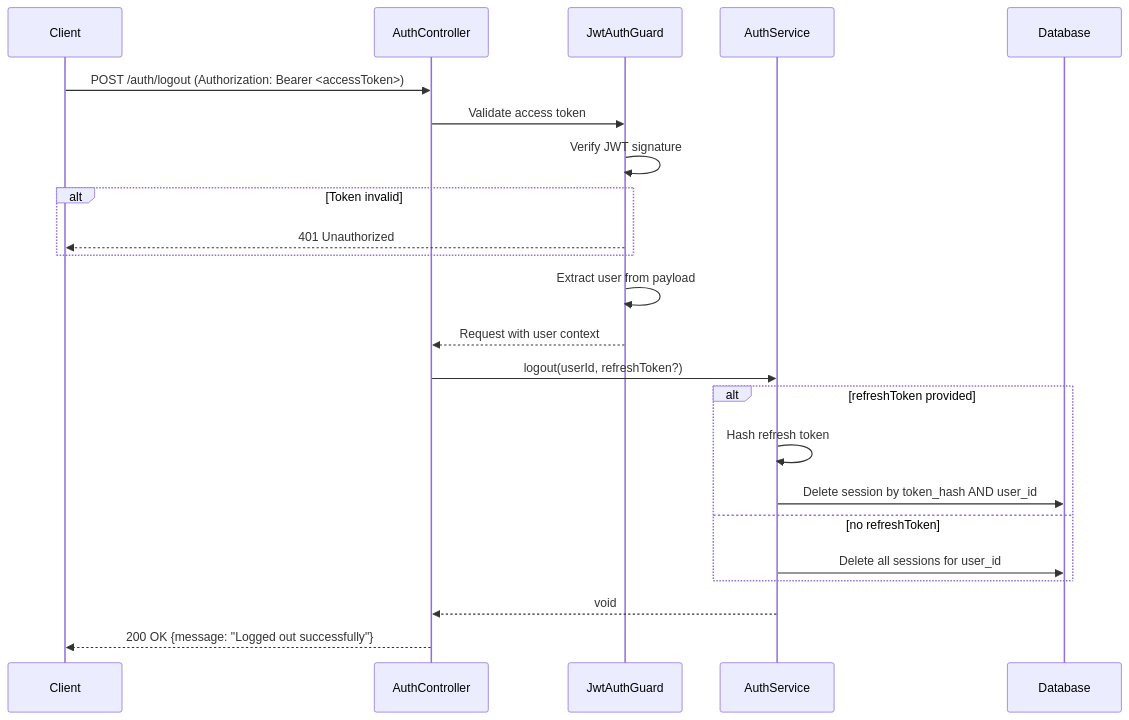
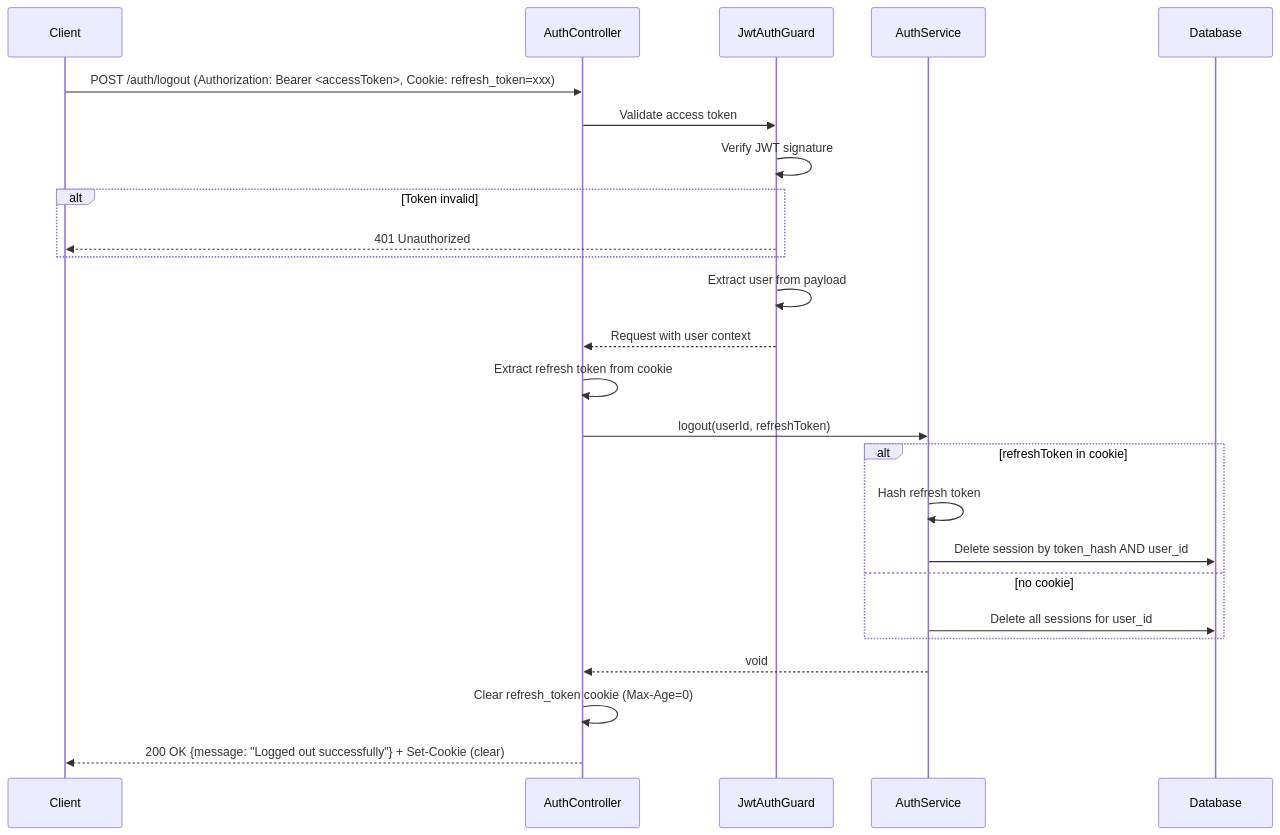
Before and after one commit to LeoChiu1027/cms: the fourth of 5 diagrams in docs/auth-sequences.md, drawn with Mermaid. The commit also changed other lines of this file and 15 other files, not shown here.

````diff
--- a/docs/auth-sequences.md
+++ b/docs/auth-sequences.md
@@ -129,30 +132,32 @@
 ```mermaid
 sequenceDiagram
     participant C as Client
     participant AC as AuthController
     participant JG as JwtAuthGuard
     participant AS as AuthService
     participant DB as Database
 
-    C->>AC: POST /auth/logout (Authorization: Bearer <accessToken>)
+    C->>AC: POST /auth/logout (Authorization: Bearer <accessToken>, Cookie: refresh_token=xxx)
     AC->>JG: Validate access token
     JG->>JG: Verify JWT signature
 
     alt Token invalid
         JG-->>C: 401 Unauthorized
     end
 
     JG->>JG: Extract user from payload
     JG-->>AC: Request with user context
-    AC->>AS: logout(userId, refreshToken?)
+    AC->>AC: Extract refresh token from cookie
+    AC->>AS: logout(userId, refreshToken)
 
-    alt refreshToken provided
+    alt refreshToken in cookie
         AS->>AS: Hash refresh token
         AS->>DB: Delete session by token_hash AND user_id
-    else no refreshToken
+    else no cookie
         AS->>DB: Delete all sessions for user_id
     end
 
     AS-->>AC: void
-    AC-->>C: 200 OK {message: "Logged out successfully"}
+    AC->>AC: Clear refresh_token cookie (Max-Age=0)
+    AC-->>C: 200 OK {message: "Logged out successfully"} + Set-Cookie (clear)
 ```
````
